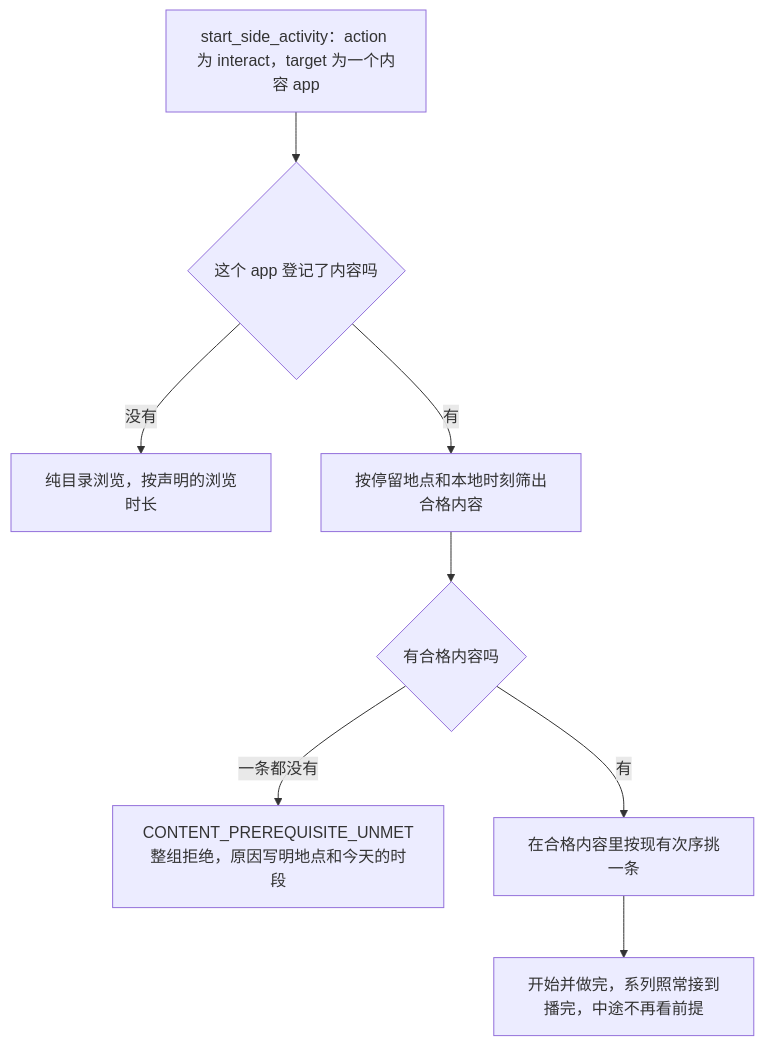
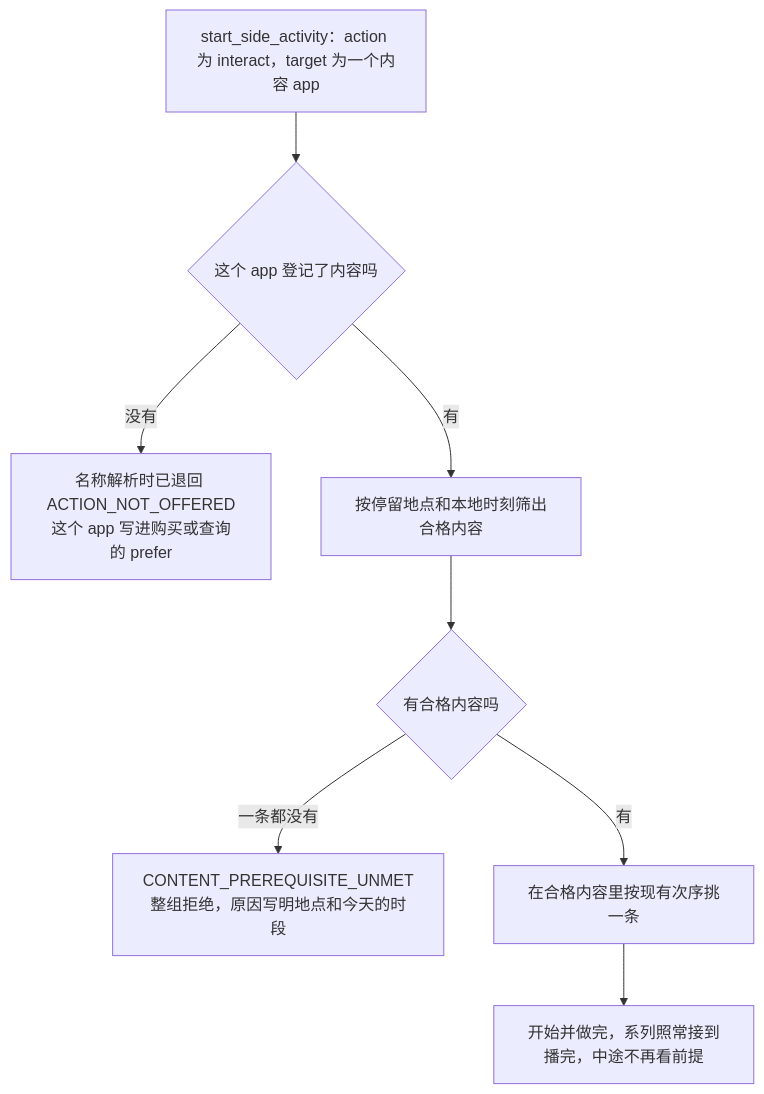
The third of 4 diagrams in docs/design/04-simulation-engine.md (HoldThatThgt/WorldMock), drawn with Mermaid before and after one commit. The commit also changed other lines of this file and 16 other files, not shown here.

````diff
--- a/docs/design/04-simulation-engine.md
+++ b/docs/design/04-simulation-engine.md
@@ -268,10 +306,10 @@
 ```mermaid
 flowchart TD
     A["start_side_activity：action 为 interact，target 为一个内容 app"] --> B{"这个 app 登记了内容吗"}
-    B -->|没有| Browse["纯目录浏览，按声明的浏览时长"]
+    B -->|没有| Refuse["名称解析时已退回 ACTION_NOT_OFFERED<br/>这个 app 写进购买或查询的 prefer"]
     B -->|有| C["按停留地点和本地时刻筛出合格内容"]
     C --> D{"有合格内容吗"}
     D -->|一条都没有| X["CONTENT_PREREQUISITE_UNMET<br/>整组拒绝，原因写明地点和今天的时段"]
     D -->|有| E["在合格内容里按现有次序挑一条"]
     E --> F["开始并做完，系列照常接到播完，中途不再看前提"]
 ```
````
